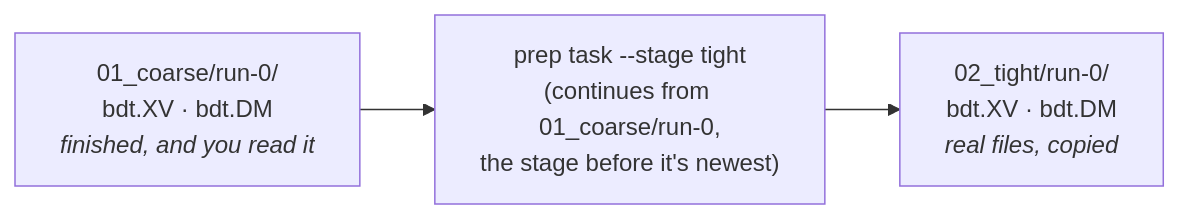
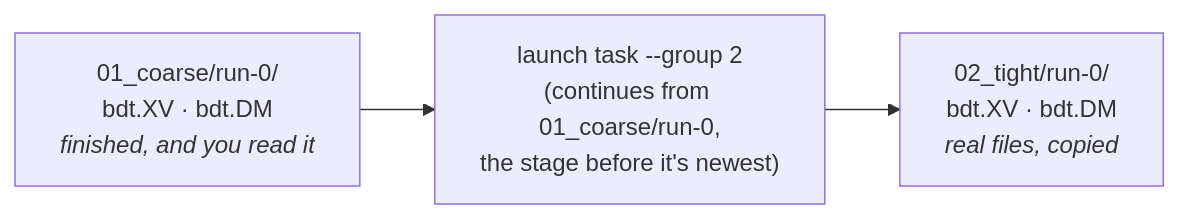
Before and after one commit to Qing-LAB/molbuilder: diagram 11 of 19 in docs/execution/job-system.md, drawn with Mermaid. The commit also changed other lines of this file and 282 other files, not shown here.

````diff
--- a/docs/execution/job-system.md
+++ b/docs/execution/job-system.md
@@ -1140,7 +1569,7 @@
 ```mermaid
 flowchart LR
     A["01_coarse/run-0/<br/>bdt.XV · bdt.DM<br/><i>finished, and you read it</i>"]
-    P["prep task --stage tight<br/>(continues from 01_coarse/run-0,<br/>the stage before it's newest)"]
+    P["launch task --group 2<br/>(continues from 01_coarse/run-0,<br/>the stage before it's newest)"]
     B["02_tight/run-0/<br/>bdt.XV · bdt.DM<br/><i>real files, copied</i>"]
     A --> P --> B
 ```
````
